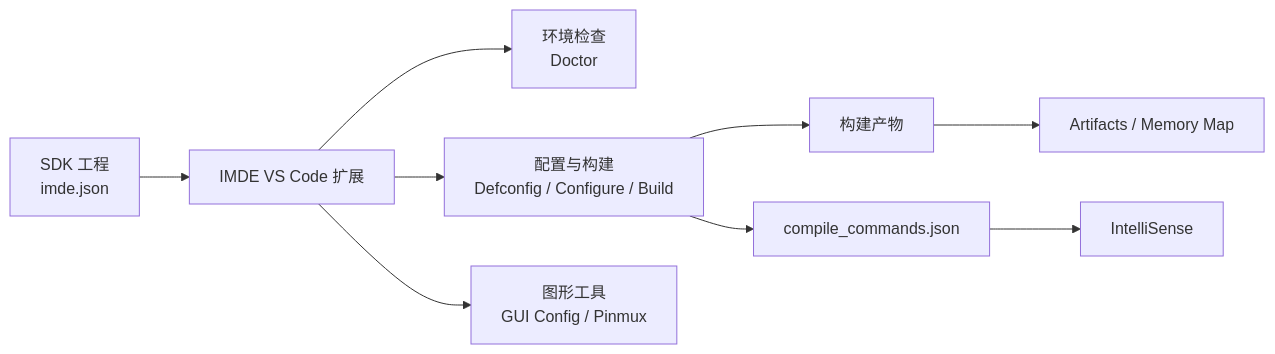
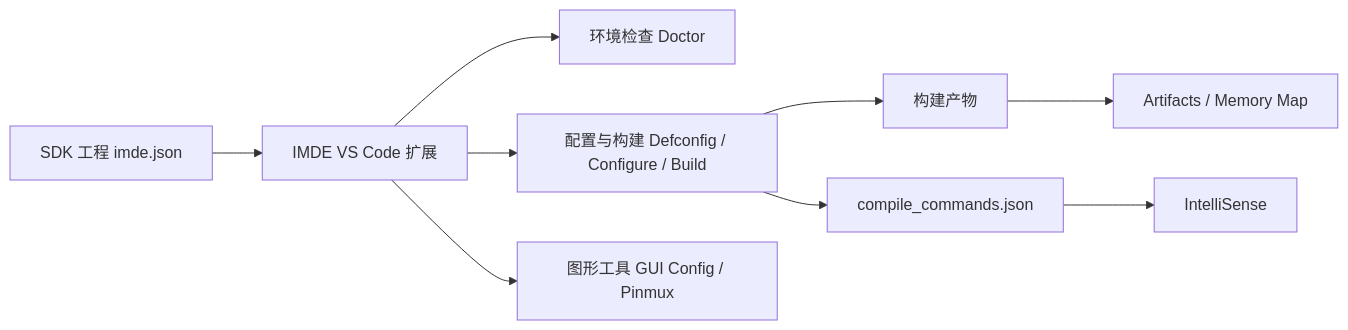
The diagram in README.md (ingenic-official/MCU-IMDE), drawn with Mermaid before and after one commit. The commit also changed 1 other file, not shown here.

Commit message:
docs: fix README workflow diagram

````diff
--- a/README.md
+++ b/README.md
@@ -73,11 +73,11 @@
 ```mermaid
 flowchart LR
-    A[SDK 工程<br/>imde.json] --> B[IMDE VS Code 扩展]
-    B --> C[环境检查<br/>Doctor]
-    B --> D[配置与构建<br/>Defconfig / Configure / Build]
-    B --> E[图形工具<br/>GUI Config / Pinmux]
-    D --> F[构建产物]
-    F --> G[Artifacts / Memory Map]
-    D --> H[compile_commands.json]
-    H --> I[IntelliSense]
+    A["SDK 工程 imde.json"] --> B["IMDE VS Code 扩展"]
+    B --> C["环境检查 Doctor"]
+    B --> D["配置与构建 Defconfig / Configure / Build"]
+    B --> E["图形工具 GUI Config / Pinmux"]
+    D --> F["构建产物"]
+    F --> G["Artifacts / Memory Map"]
+    D --> H["compile_commands.json"]
+    H --> I["IntelliSense"]
 ```
````
